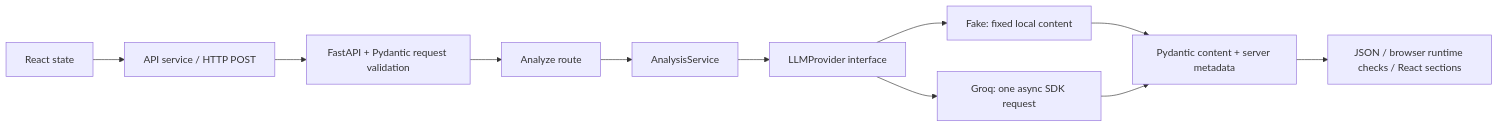
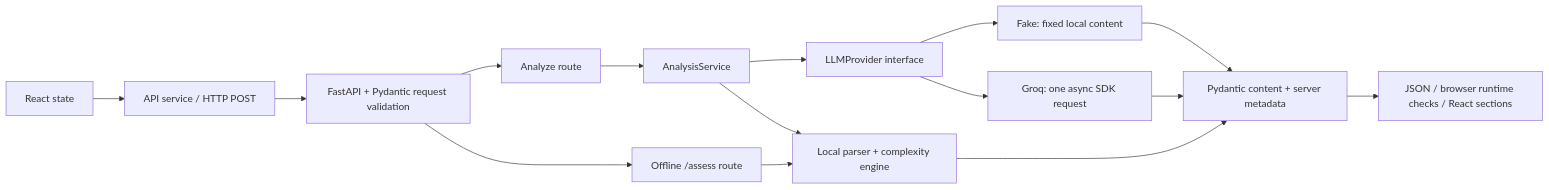
Before and after one commit to honey-cake7/AlgoLens: the diagram in README.md, drawn with Mermaid. The commit also changed other lines of this file and 30 other files, not shown here.

Commit message:
feat: add offline constraint parsing and complexity assessment

````diff
--- a/README.md
+++ b/README.md
@@ -157,13 +193,17 @@
 ```mermaid
 flowchart LR
     R[React state] --> C[API service / HTTP POST]
     C --> V[FastAPI + Pydantic request validation]
     V --> A[Analyze route]
     A --> S[AnalysisService]
+    S --> D[Local parser + complexity engine]
     S --> P[LLMProvider interface]
     P --> F[Fake: fixed local content]
     P --> G[Groq: one async SDK request]
     F --> J[Pydantic content + server metadata]
     G --> J
+    D --> J
+    V --> O[Offline /assess route]
+    O --> D
     J --> U[JSON / browser runtime checks / React sections]
 ```
````
